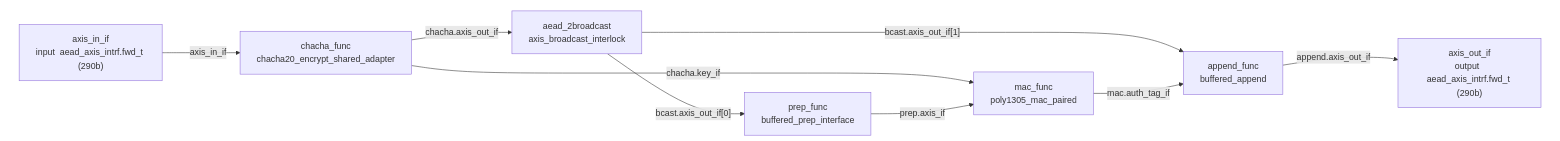
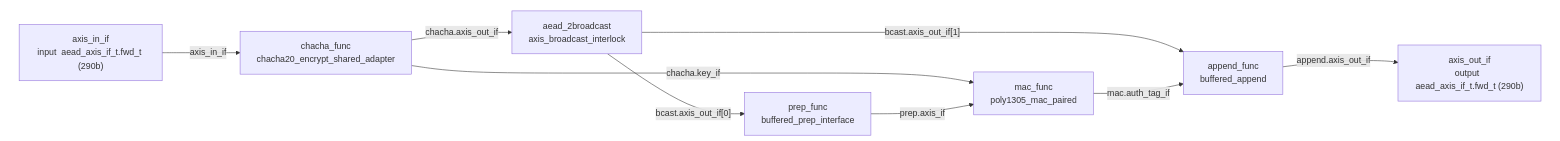
One commit to chili-chips/wireguard-fpga changed the second of 3 diagrams in 3.build/pypeline_build/README.md. Above: the diagram before and after it, drawn with Mermaid. The commit also changed other lines of this file and 31 other files, not shown here.

````diff
--- a/3.build/pypeline_build/README.md
+++ b/3.build/pypeline_build/README.md
@@ -70,25 +70,25 @@
 ```mermaid
 flowchart LR
     n2["aead_2broadcast<br>axis_broadcast_interlock"]
     n3["append_func<br>buffered_append"]
     n4["chacha_func<br>chacha20_encrypt_shared_adapter"]
     n5["mac_func<br>poly1305_mac_paired"]
     n6["prep_func<br>buffered_prep_interface"]
     subgraph inputs[" "]
-        n0["axis_in_if<br>input  aead_axis_intrf.fwd_t (290b)"]
+        n0["axis_in_if<br>input  aead_axis_if_t.fwd_t (290b)"]
     end
     style inputs fill:none,stroke:none
     subgraph outputs[" "]
-        n1["axis_out_if<br>output  aead_axis_intrf.fwd_t (290b)"]
+        n1["axis_out_if<br>output  aead_axis_if_t.fwd_t (290b)"]
     end
     style outputs fill:none,stroke:none
     n0 -->|"axis_in_if"| n4
     n2 -->|"bcast.axis_out_if[1]"| n3
     n2 -->|"bcast.axis_out_if[0]"| n6
     n3 -->|"append.axis_out_if"| n1
     n4 -->|"chacha.key_if"| n5
     n4 -->|"chacha.axis_out_if"| n2
     n5 -->|"mac.auth_tag_if"| n3
     n6 -->|"prep.axis_if"| n5
     n3 ~~~ n1
 ```
````
